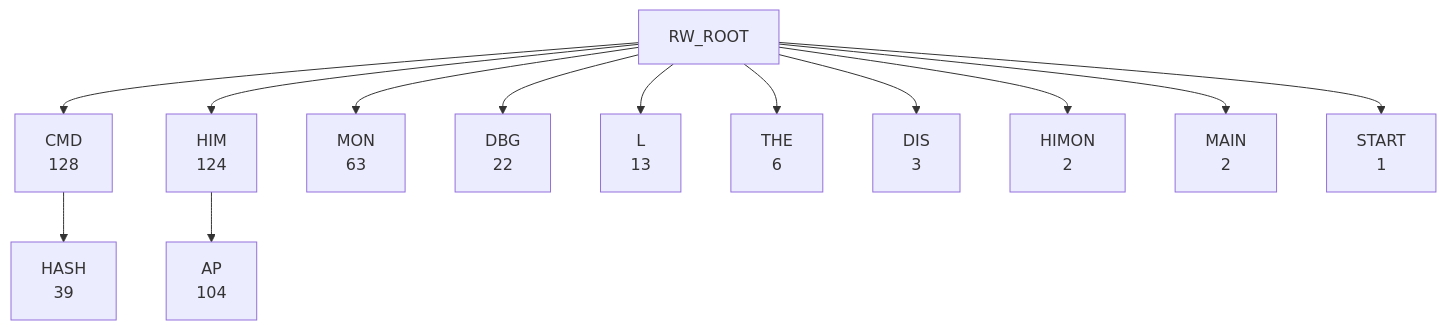
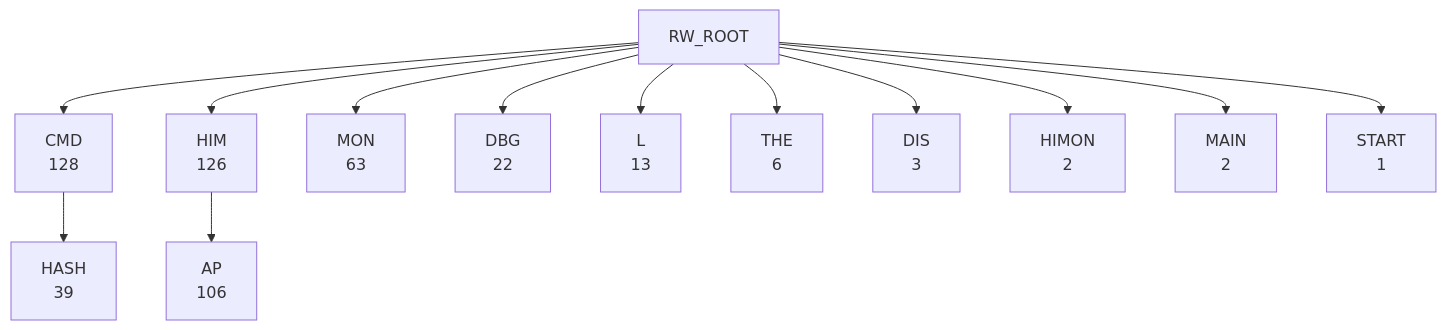
One commit to 95westus/R-YORS changed the second of 6 diagrams in DOC/GENERATED/ROUTINE_WORD_TREE.md. Above: the diagram before and after it, drawn with Mermaid. The commit also changed other lines of this file and 29 other files, not shown here.

````diff
--- a/DOC/GENERATED/ROUTINE_WORD_TREE.md
+++ b/DOC/GENERATED/ROUTINE_WORD_TREE.md
@@ -28,15 +28,15 @@
 ```mermaid
 flowchart TD
     RW_ROOT --> RW_CMD["CMD<br/>128"]
-    RW_ROOT --> RW_HIM["HIM<br/>124"]
+    RW_ROOT --> RW_HIM["HIM<br/>126"]
     RW_ROOT --> RW_MON["MON<br/>63"]
     RW_ROOT --> RW_DBG["DBG<br/>22"]
     RW_ROOT --> RW_L["L<br/>13"]
     RW_ROOT --> RW_THE["THE<br/>6"]
     RW_ROOT --> RW_DIS["DIS<br/>3"]
     RW_ROOT --> RW_HIMON["HIMON<br/>2"]
     RW_ROOT --> RW_MAIN["MAIN<br/>2"]
     RW_ROOT --> RW_START["START<br/>1"]
-    RW_HIM --> RW_HIM_AP["AP<br/>104"]
+    RW_HIM --> RW_HIM_AP["AP<br/>106"]
     RW_CMD --> RW_CMD_HASH["HASH<br/>39"]
 ```
````
